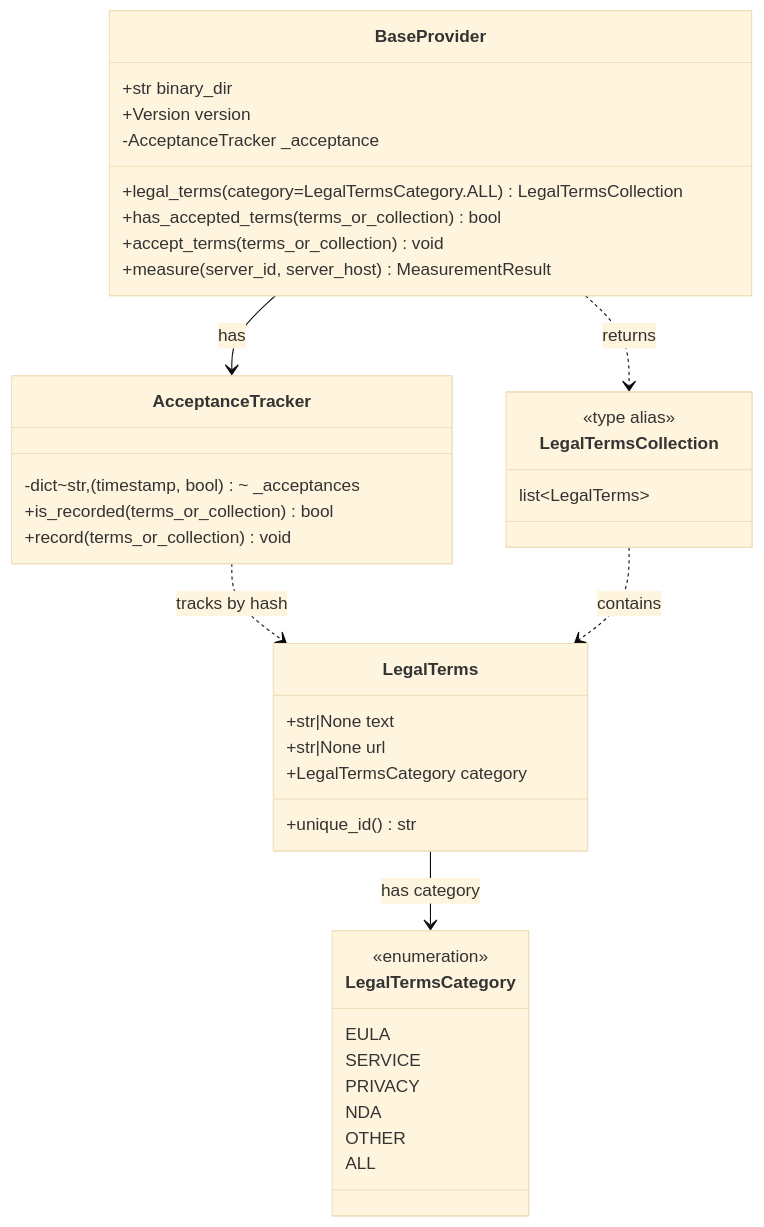
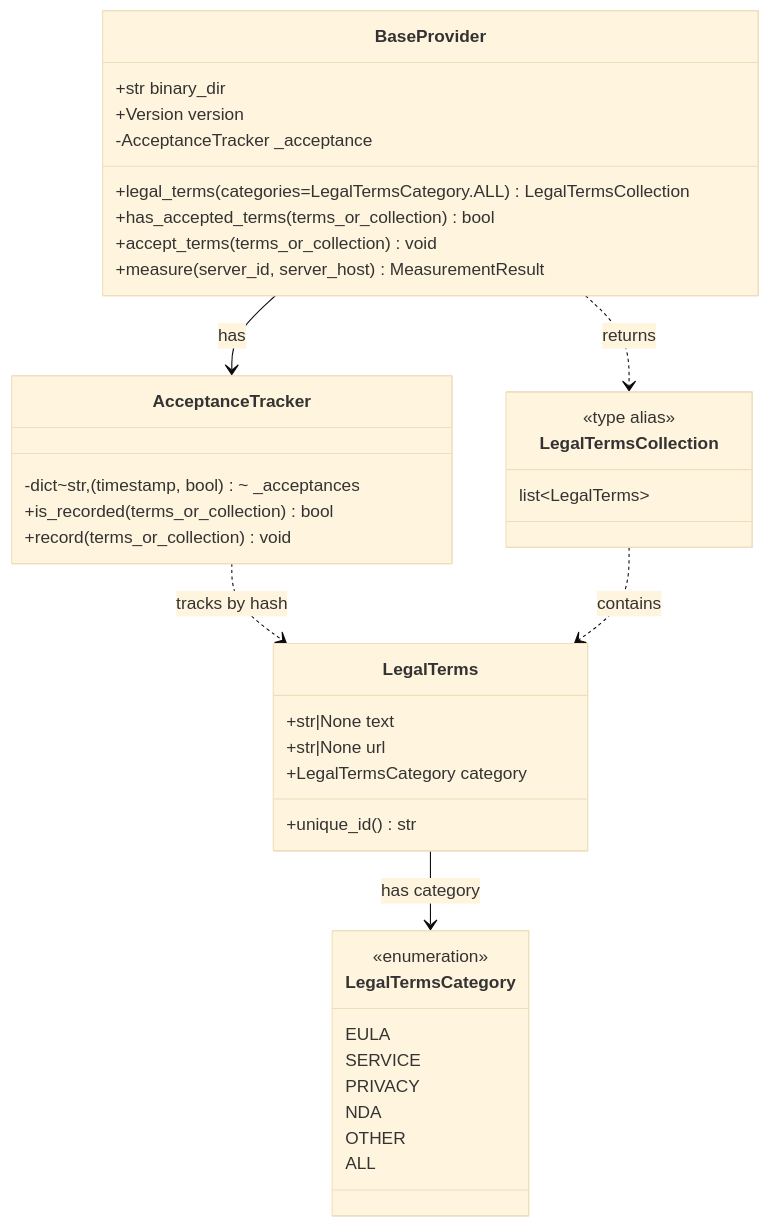
One commit to diablodale/netvelocimeter changed the second of 3 diagrams in docs/models.md. Above: the diagram before and after it, drawn with Mermaid (base theme). The commit also changed other lines of this file and 12 other files, not shown here.

Commit message:
refactor legal terms retrieval to support multiple categories; update doc, tests

````diff
--- a/docs/models.md
+++ b/docs/models.md
@@ -35,48 +35,48 @@
 ```mermaid
 
 classDiagram
     class LegalTerms {
         +str|None text
         +str|None url
         +LegalTermsCategory category
         +unique_id() str
     }
 
     class LegalTermsCategory {
         <<enumeration>>
         EULA
         SERVICE
         PRIVACY
         NDA
         OTHER
         ALL
     }
 
     class LegalTermsCollection {
         <<type alias>>
         list~LegalTerms~
     }
 
     class AcceptanceTracker {
         -dict~str, (timestamp, bool)~ _acceptances
         +is_recorded(terms_or_collection) bool
         +record(terms_or_collection) void
     }
 
     class BaseProvider {
         +str binary_dir
         +Version version
         -AcceptanceTracker _acceptance
-        +legal_terms(category=LegalTermsCategory.ALL) LegalTermsCollection
+        +legal_terms(categories=LegalTermsCategory.ALL) LegalTermsCollection
         +has_accepted_terms(terms_or_collection) bool
         +accept_terms(terms_or_collection) void
         +measure(server_id, server_host) MeasurementResult
     }
 
     LegalTerms --> LegalTermsCategory : has category
     BaseProvider ..> LegalTermsCollection : returns
     BaseProvider --> AcceptanceTracker : has
     AcceptanceTracker ..> LegalTerms : tracks by hash
     LegalTermsCollection ..> LegalTerms : contains
 
 ```
````
